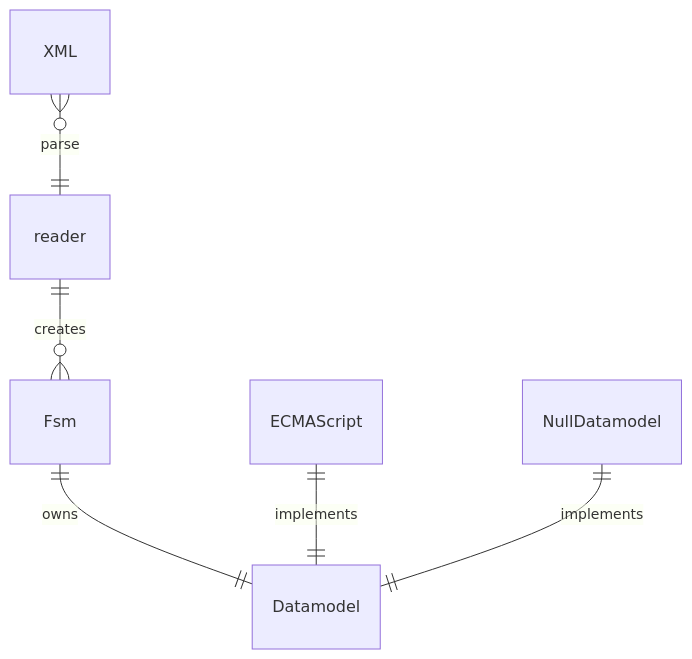
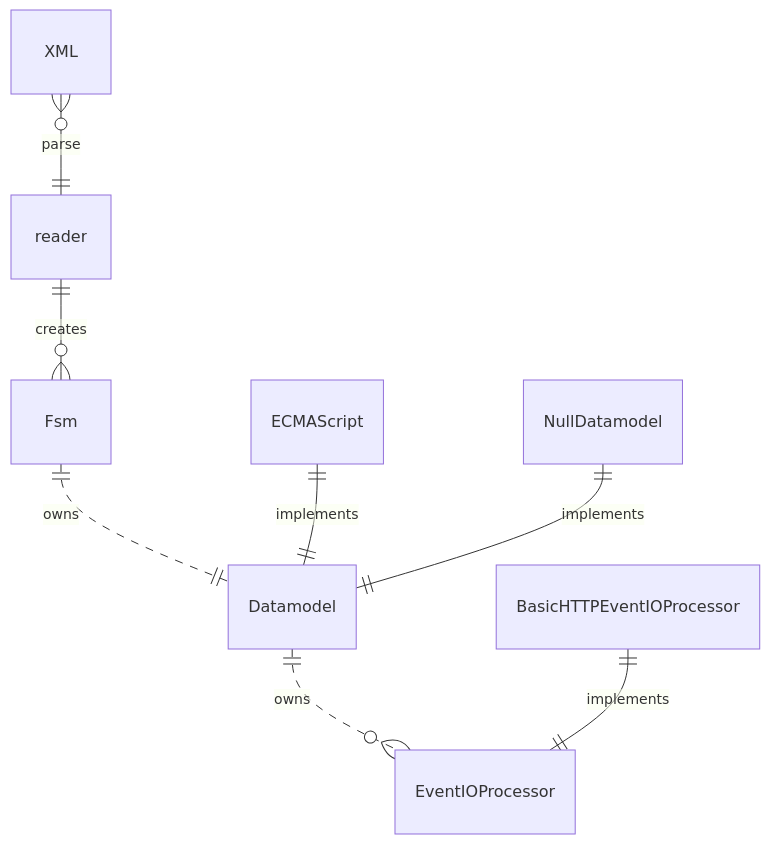
The first of 2 diagrams in README.md (BWeng20/rFSM), drawn with Mermaid before and after one commit. The commit also changed other lines of this file, not shown here.

Commit message:
Added BasicHttpEventProcessor to ER- and Class-diagrams.

````diff
--- a/README.md
+++ b/README.md
@@ -35,24 +35,32 @@
 ```mermaid
 erDiagram
     Fsm {
     }
 
     reader {
     }
    
 
     Datamodel {
     }
+    
+    EventIOProcessor {
+    }
+
+    BasicHTTPEventIOProcessor {
+    }
 
     XML }o--|| reader : parse
     XML {
     }
 
     reader ||--o{ Fsm : creates   
 
-    Fsm ||--|| Datamodel : owns
+    Fsm ||..|| Datamodel : owns
+    Datamodel ||..}o EventIOProcessor : owns
+    BasicHTTPEventIOProcessor ||--|| EventIOProcessor: implements
     
     ECMAScript ||--|| Datamodel : implements
     NullDatamodel ||--|| Datamodel : implements
  
 ```
````
